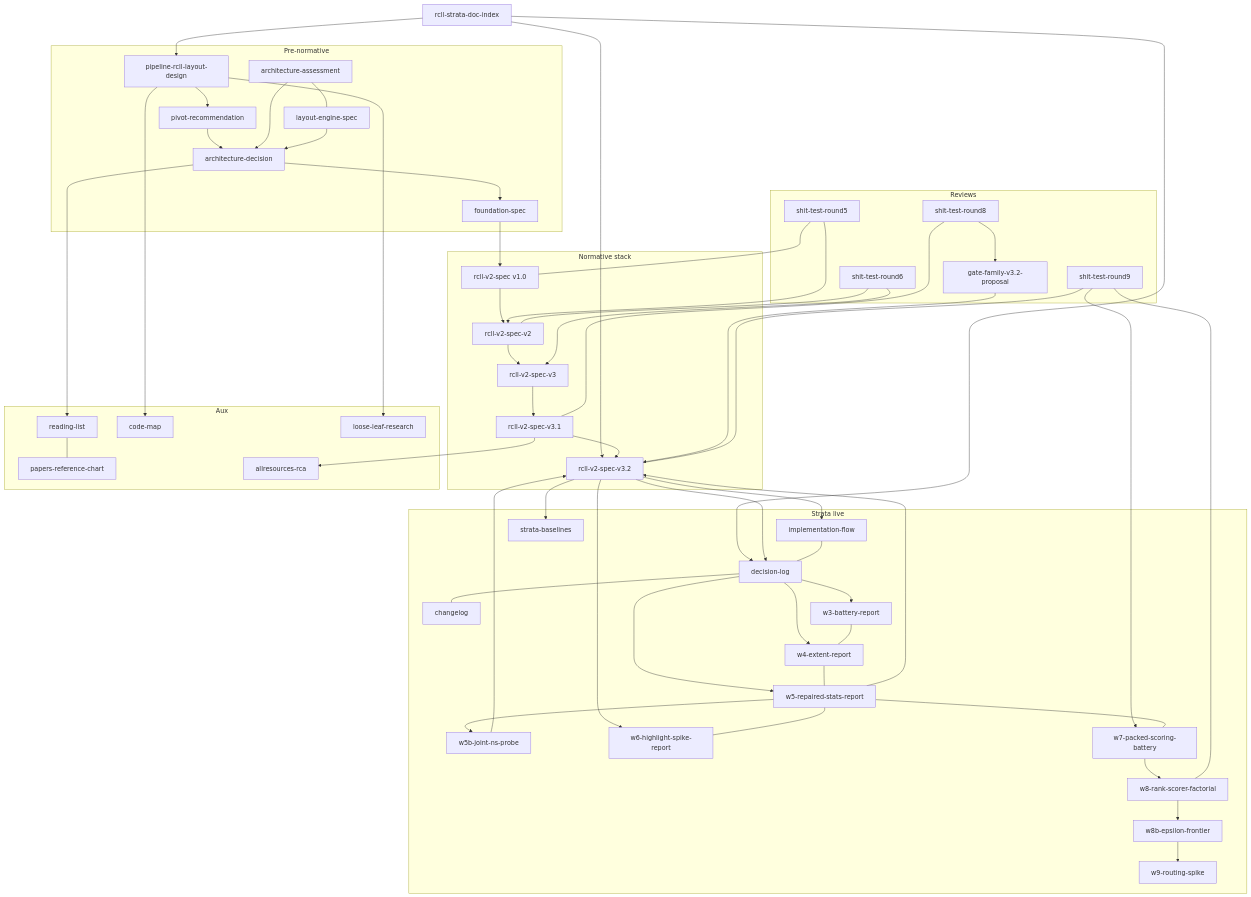
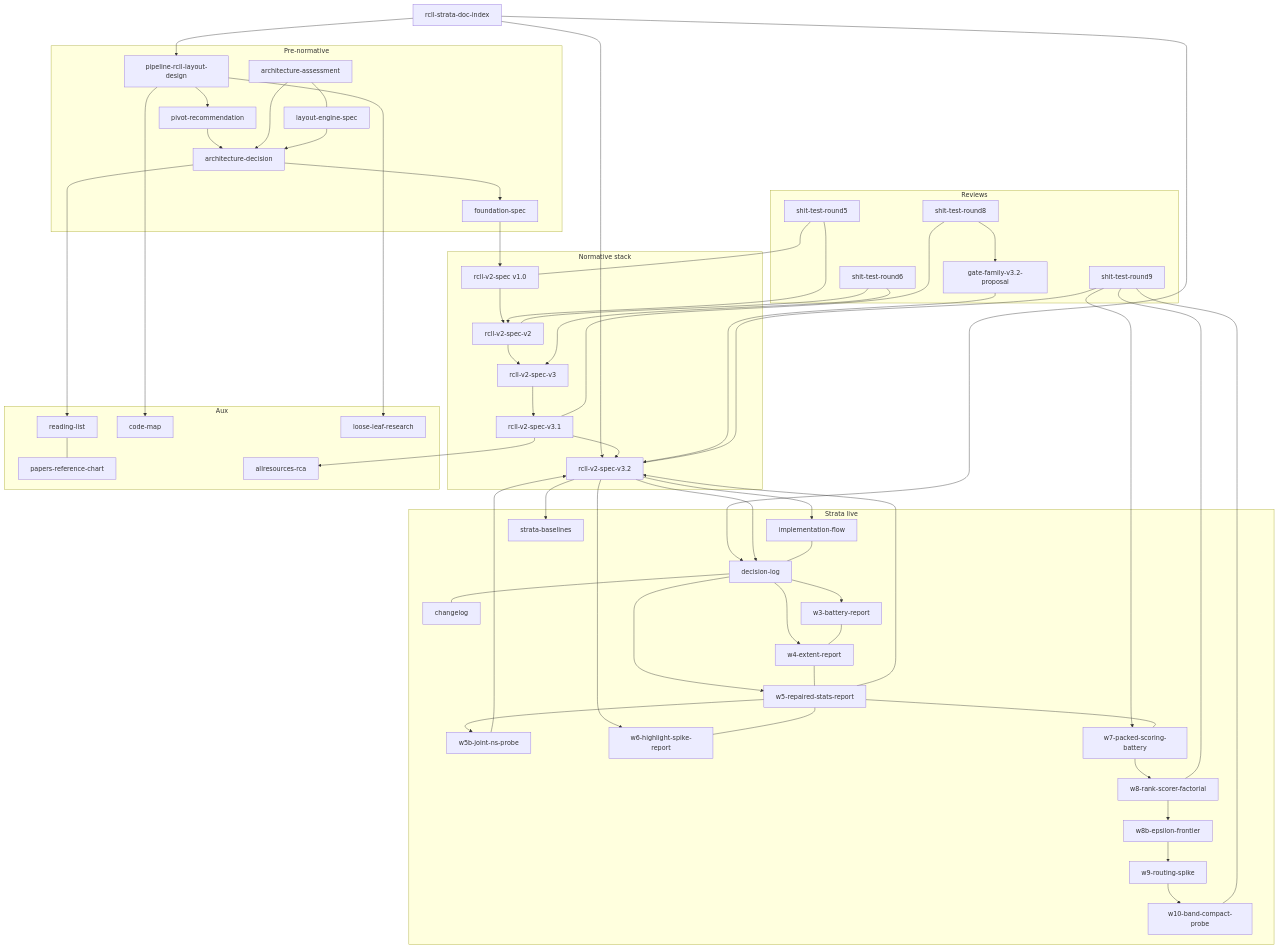
Before and after one commit to TusharSariya/excalidraw-tf: the diagram in docs/rcll-strata-doc-index.md, drawn with Mermaid. The commit also changed other lines of this file and 3 other files, not shown here.

```diff
--- a/docs/rcll-strata-doc-index.md
+++ b/docs/rcll-strata-doc-index.md
@@ -137,6 +138,7 @@
     W8[w8-rank-scorer-factorial]
     W8b[w8b-epsilon-frontier]
     W9[w9-routing-spike]
+    W10[w10-band-compact-probe]
     Base[strata-baselines]
   end
 
@@ -190,6 +192,8 @@
   R9 --- W8
   W8 --> W8b
   W8b --> W9
+  W9 --> W10
+  R9 --- W10
   W3 --- W4
   W4 --- W5
   V32 --> Base
```
